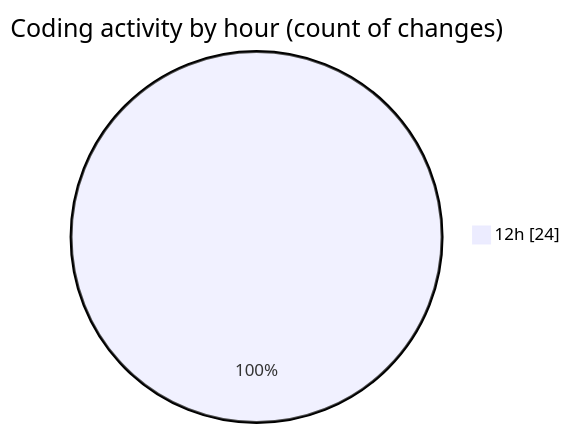
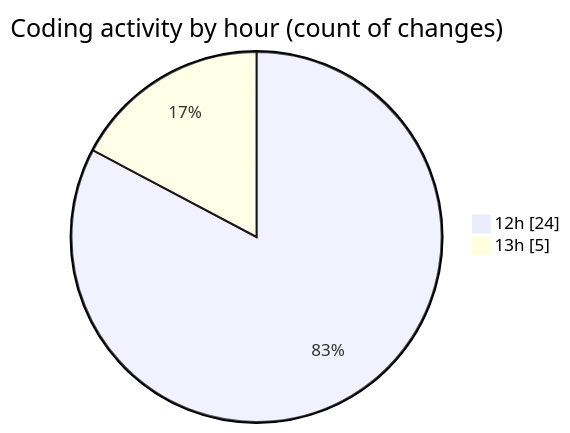
Before and after one commit to lephambinh05/code-tracking: the second of 2 diagrams in 2025-08-25/quytuthien_vn/README.md, drawn with Mermaid. The commit also changed other lines of this file and 1 other file, not shown here.

````diff
--- a/2025-08-25/quytuthien_vn/README.md
+++ b/2025-08-25/quytuthien_vn/README.md
@@ -43,5 +45,6 @@
 ```mermaid
 pie showData
 title Coding activity by hour (count of changes)
 "12h" : 24
+"13h" : 5
 ```
````
